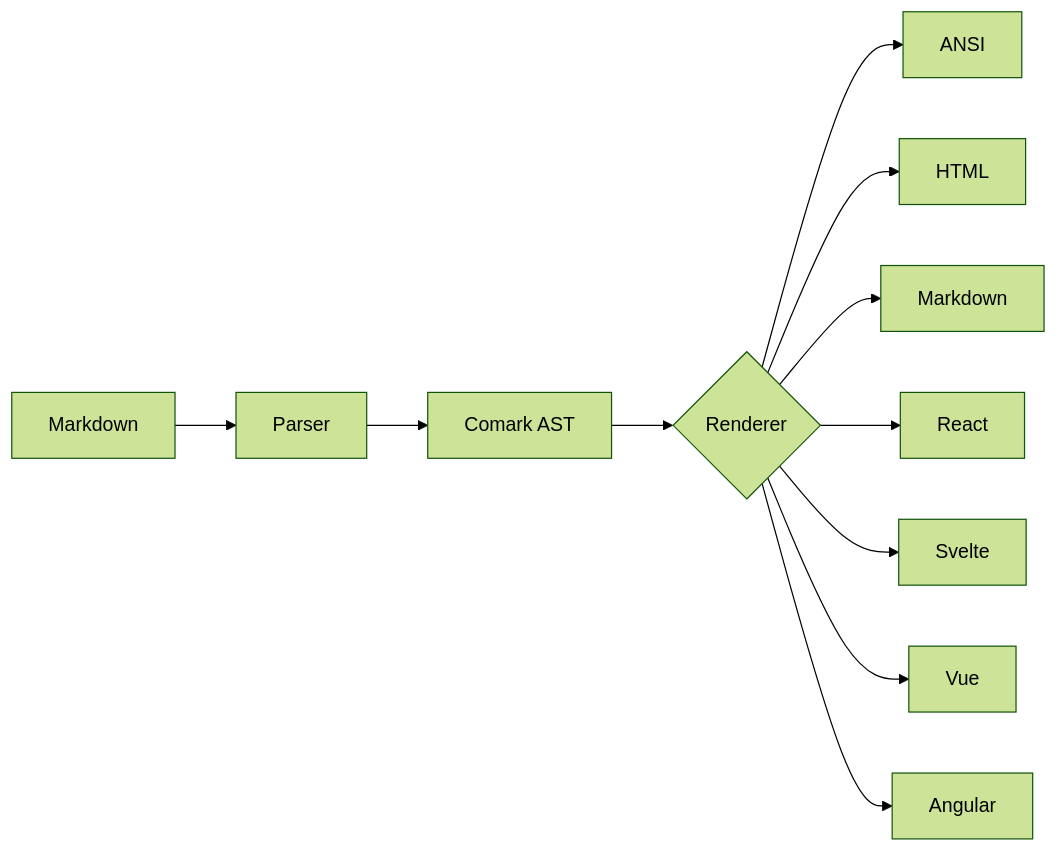
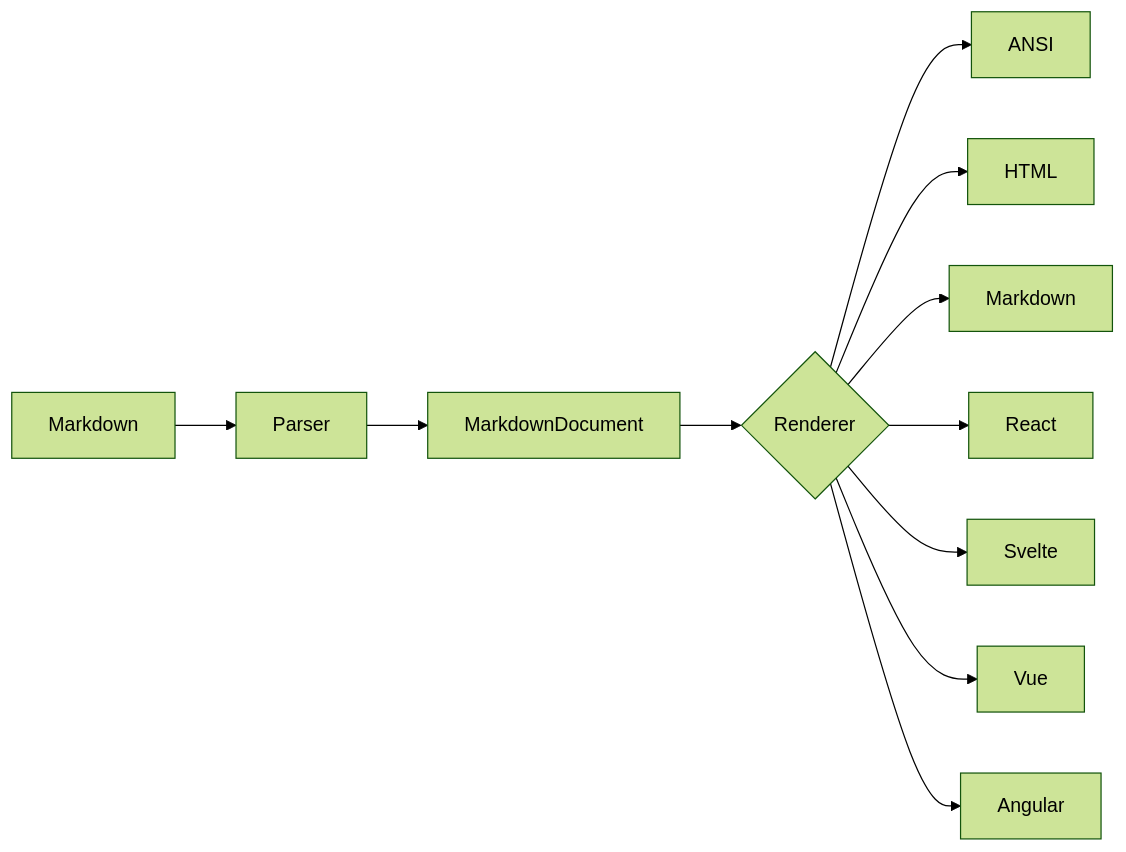
The diagram in docs/content/1.getting-started/0.introduction.md (comarkdown/comark), drawn with Mermaid (forest theme) before and after one commit. The commit also changed other lines of this file and 309 other files, not shown here.

Commit message:
!refactor: rename `<Comark>` components to `<Markdown>` and more (#318)

````diff
--- a/docs/content/1.getting-started/0.introduction.md
+++ b/docs/content/1.getting-started/0.introduction.md
@@ -246,13 +246,13 @@
 ```mermaid
 graph LR
     A[Markdown] --> B[Parser]
-    B --> C[Comark AST]
+    B --> C[MarkdownDocument]
     C --> D{Renderer}
     D --> I[ANSI]
     D --> H[HTML]
     D --> J[Markdown]
     D --> F[React]
     D --> G[Svelte]
     D --> E[Vue]
     D --> K[Angular]
 ```
````
